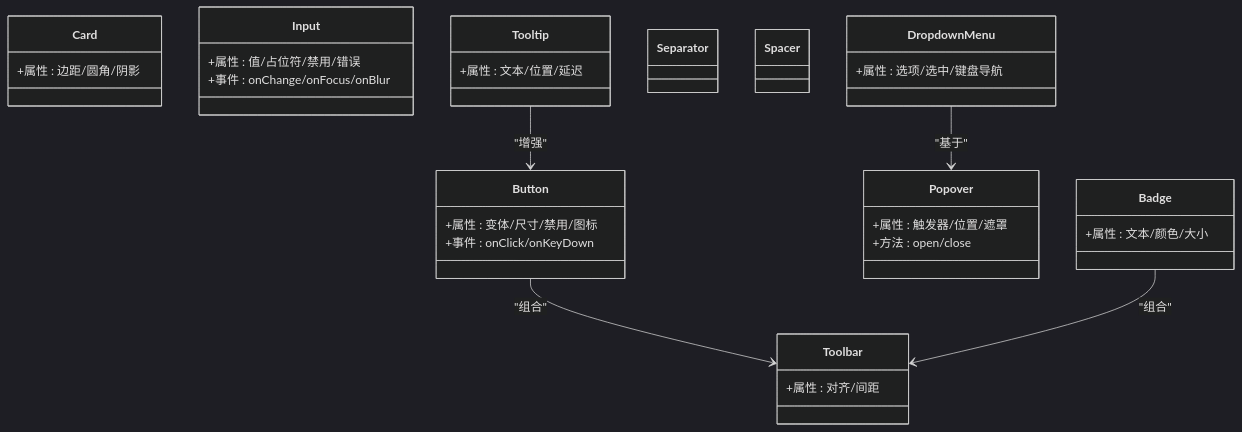
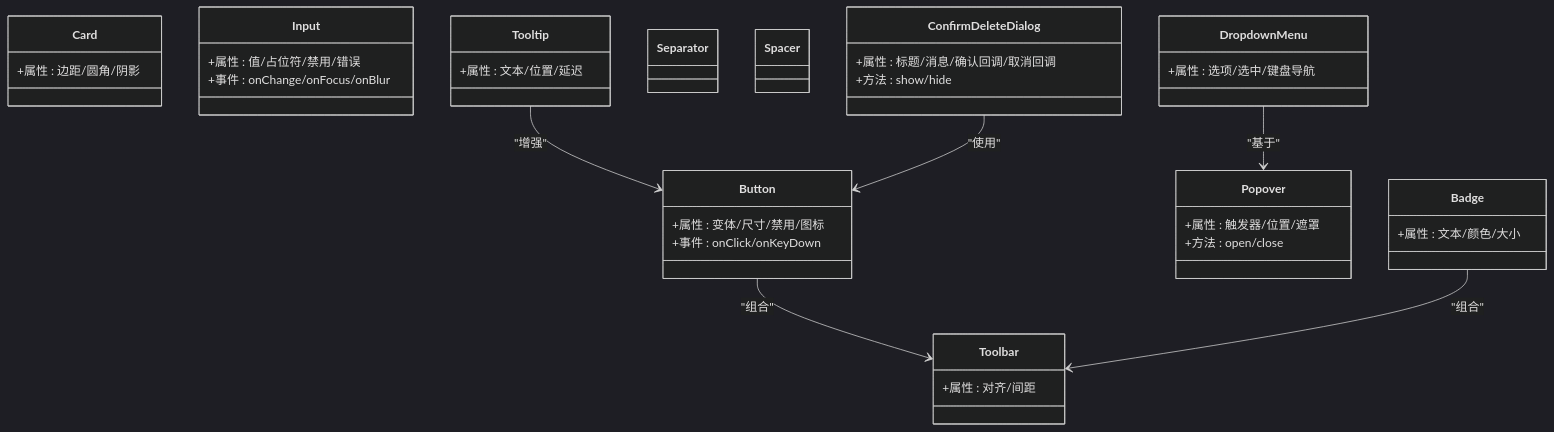
One commit to gzdxhujiale/FishWorker changed the second of 6 diagrams in .qoder/repowiki/zh/content/架构设计/组件架构设计/基础 UI 组件层.md. Above: the diagram before and after it, drawn with Mermaid (dark theme). The commit also changed other lines of this file and 19 other files, not shown here.

````diff
--- a/.qoder/repowiki/zh/content/架构设计/组件架构设计/基础 UI 组件层.md
+++ b/.qoder/repowiki/zh/content/架构设计/组件架构设计/基础 UI 组件层.md
@@ -152,36 +172,41 @@
 ```mermaid
 classDiagram
 class Button {
 +属性 : 变体/尺寸/禁用/图标
 +事件 : onClick/onKeyDown
 }
 class Card {
 +属性 : 边距/圆角/阴影
 }
 class Input {
 +属性 : 值/占位符/禁用/错误
 +事件 : onChange/onFocus/onBlur
 }
 class Popover {
 +属性 : 触发器/位置/遮罩
 +方法 : open/close
 }
 class Toolbar {
 +属性 : 对齐/间距
 }
 class DropdownMenu {
 +属性 : 选项/选中/键盘导航
 }
 class Badge {
 +属性 : 文本/颜色/大小
 }
 class Separator
 class Spacer
 class Tooltip {
 +属性 : 文本/位置/延迟
 }
+class ConfirmDeleteDialog {
++属性 : 标题/消息/确认回调/取消回调
++方法 : show/hide
+}
 Button --> Toolbar : "组合"
 DropdownMenu --> Popover : "基于"
 Badge --> Toolbar : "组合"
 Tooltip --> Button : "增强"
+ConfirmDeleteDialog --> Button : "使用"
 ```
````
